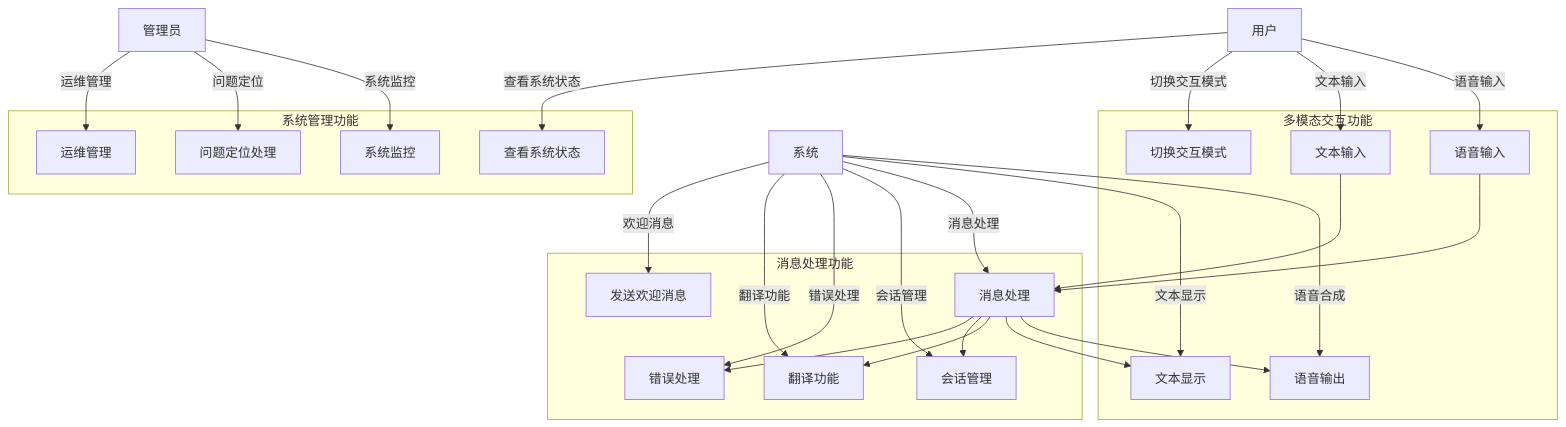
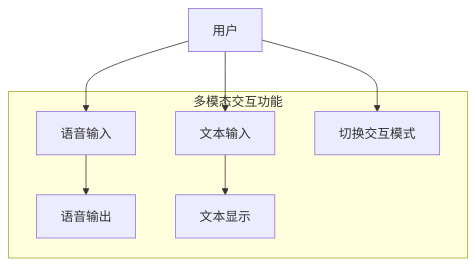
Before and after one commit to Ssl1S/iodraw-files: the diagram in all/未命名.md, drawn with Mermaid.

Commit message:
2025-07-18 21:48:14 update

````diff
--- a/all/未命名.md
+++ b/all/未命名.md
@@ -1,50 +1,17 @@
 ```mermaid
-graph TD
-      User[用户] --> |语音输入| VoiceInput[语音输入]
-      User --> |文本输入| TextInput[文本输入]
-      User --> |切换交互模式| SwitchMode[切换交互模式]
-      User --> |查看系统状态| ViewStatus[查看系统状态]
+  graph TD
+      User[用户] --> VoiceInput[语音输入]
+      User --> TextInput[文本输入]
+      User --> SwitchMode[切换交互模式]
 
-      Admin[管理员] --> |系统监控| SystemMonitor[系统监控]
-      Admin --> |问题定位| TroubleShooting[问题定位处理]
-      Admin --> |运维管理| Operations[运维管理]
-
-      System[系统] --> |语音合成| VoiceOutput[语音输出]
-      System --> |文本显示| TextOutput[文本显示]
-      System --> |消息处理| MessageProcess[消息处理]
-      System --> |会话管理| SessionManage[会话管理]
-      System --> |错误处理| ErrorHandle[错误处理]
-      System --> |翻译功能| Translation[翻译功能]
-      System --> |欢迎消息| WelcomeMessage[发送欢迎消息]
-
-      VoiceInput --> MessageProcess
-      TextInput --> MessageProcess
-      MessageProcess --> VoiceOutput
-      MessageProcess --> TextOutput
-      MessageProcess --> Translation
-      MessageProcess --> SessionManage
-      MessageProcess --> ErrorHandle
+      VoiceInput --> VoiceOutput[语音输出]
+      TextInput --> TextOutput[文本显示]
 
       subgraph "多模态交互功能"
           VoiceInput
           TextInput
           VoiceOutput
           TextOutput
           SwitchMode
       end
-
-      subgraph "消息处理功能"
-          MessageProcess
-          SessionManage
-          ErrorHandle
-          Translation
-          WelcomeMessage
-      end
-
-      subgraph "系统管理功能"
-          SystemMonitor
-          TroubleShooting
-          Operations
-          ViewStatus
-      end
 ```
````
